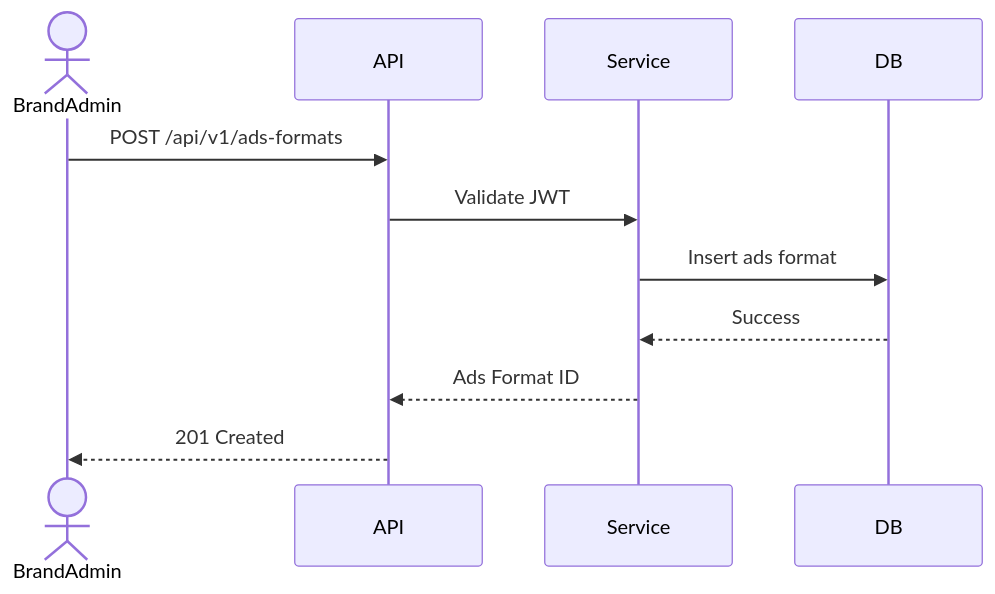
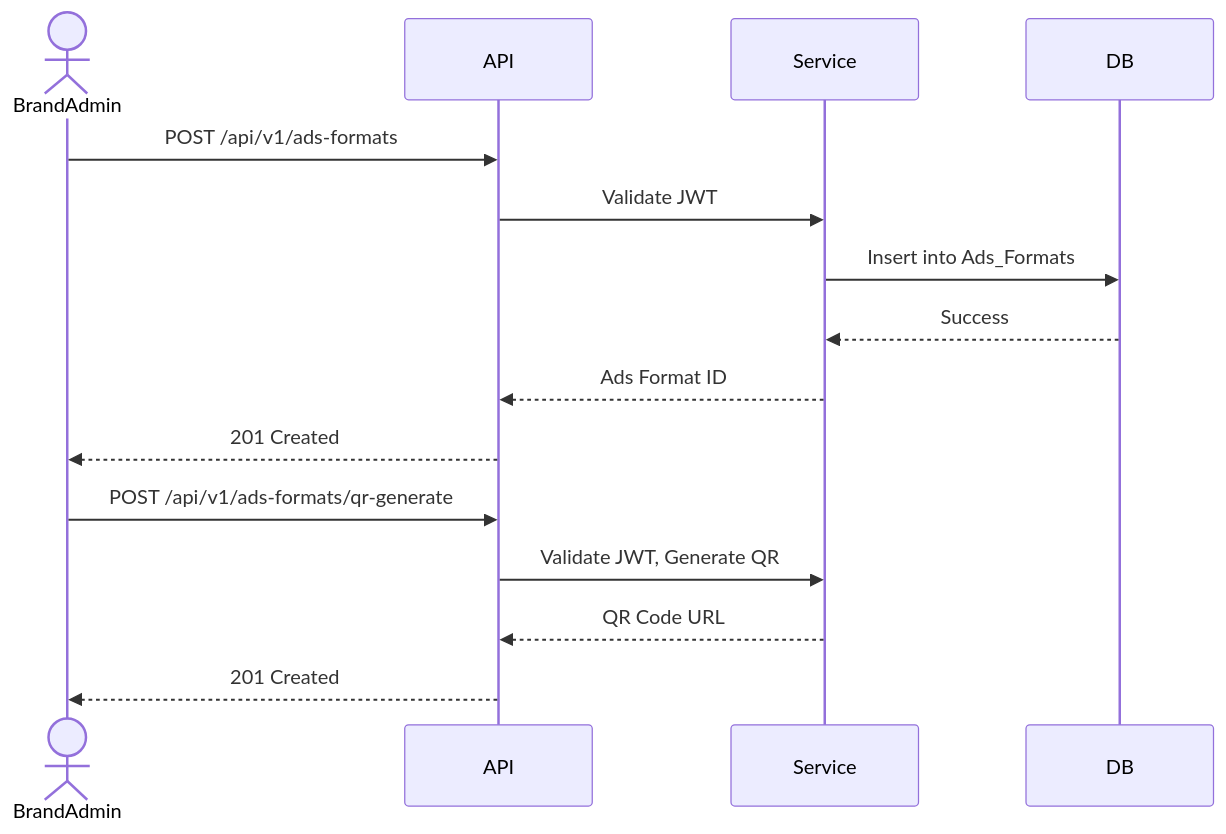
Before and after one commit to thanhhaunv/PRODUCT-SAMPLING: diagram 49 of 55 in 01-requirements-no-phase/SRS-Grok.md, drawn with Mermaid. The commit also changed other lines of this file, not shown here.

````diff
--- a/01-requirements-no-phase/SRS-Grok.md
+++ b/01-requirements-no-phase/SRS-Grok.md
@@ -9348,13 +9351,17 @@
   ```mermaid
   sequenceDiagram
       actor BrandAdmin
       participant API
       participant Service
       participant DB
       BrandAdmin->>API: POST /api/v1/ads-formats
       API->>Service: Validate JWT
-      Service->>DB: Insert ads format
+      Service->>DB: Insert into Ads_Formats
       DB-->>Service: Success
       Service-->>API: Ads Format ID
       API-->>BrandAdmin: 201 Created
+      BrandAdmin->>API: POST /api/v1/ads-formats/qr-generate
+      API->>Service: Validate JWT, Generate QR
+      Service-->>API: QR Code URL
+      API-->>BrandAdmin: 201 Created
   ```
````
